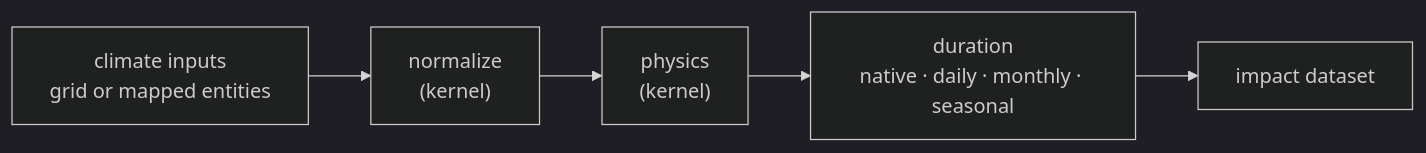
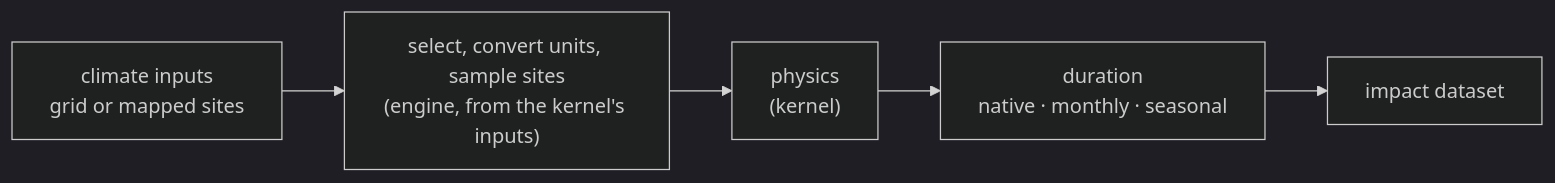
Before and after one commit to iiasa/climate-impact-kernels: the second of 2 diagrams in README.md, drawn with Mermaid (dark theme). The commit also changed other lines of this file and 272 other files, not shown here.

````diff
--- a/README.md
+++ b/README.md
@@ -117,7 +132,7 @@
 ```mermaid
 flowchart LR
-    inputs["climate inputs<br/>grid or mapped entities"] --> norm["normalize<br/>(kernel)"]
+    inputs["climate inputs<br/>grid or mapped sites"] --> norm["select, convert units, sample sites<br/>(engine, from the kernel's inputs)"]
     norm --> phys["physics<br/>(kernel)"]
-    phys --> dur["duration<br/>native · daily · monthly · seasonal"]
+    phys --> dur["duration<br/>native · monthly · seasonal"]
     dur --> out["impact dataset"]
 ```
````
